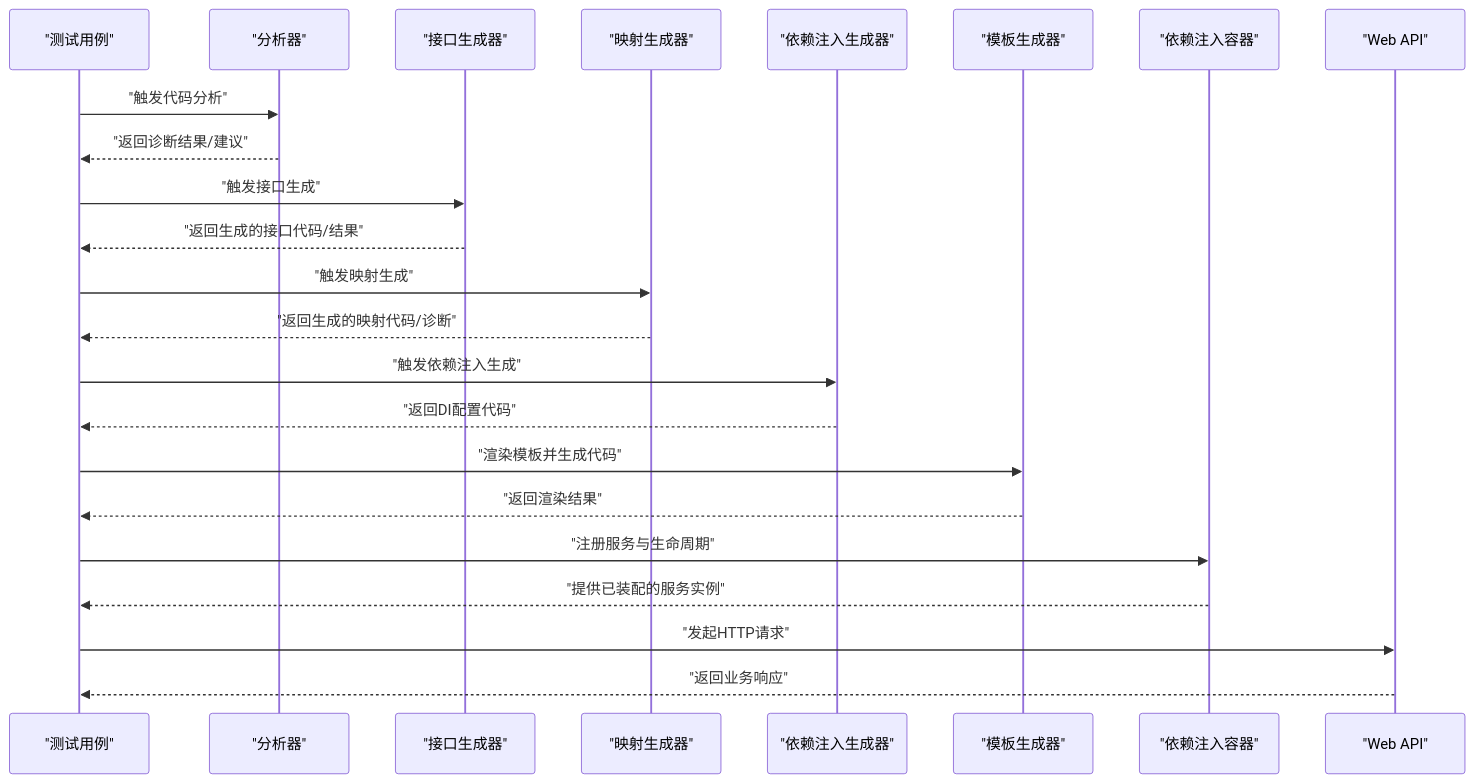
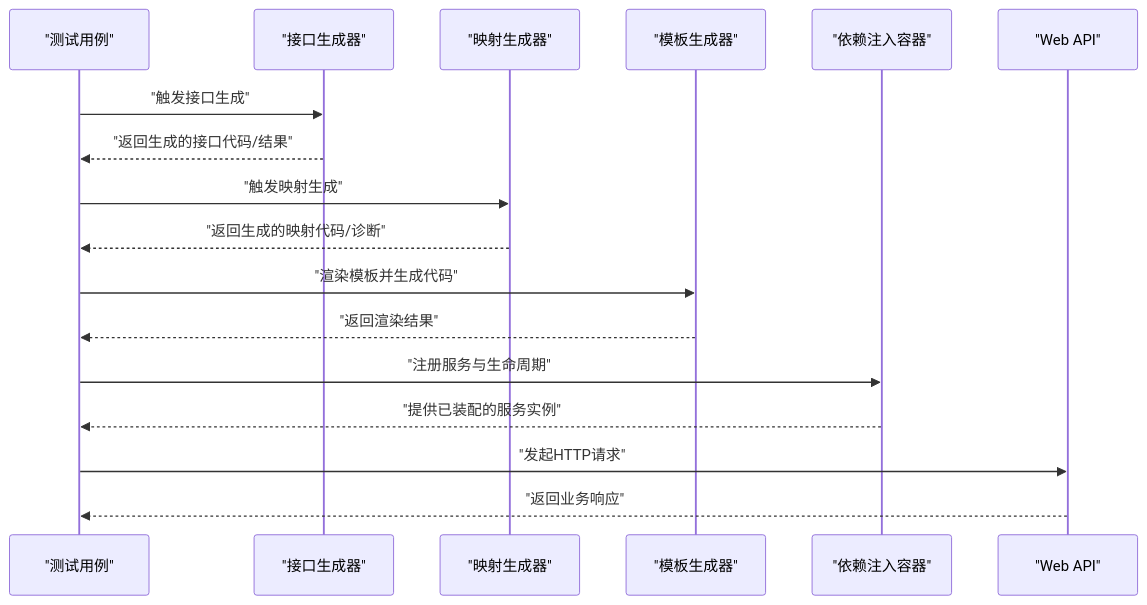
The second of 7 diagrams in .qoder/repowiki/zh/content/调试与诊断/测试策略与实践.md (alivy/AutoCode), drawn with Mermaid before and after one commit. The commit also changed other lines of this file and 152 other files, not shown here.

````diff
--- a/.qoder/repowiki/zh/content/调试与诊断/测试策略与实践.md
+++ b/.qoder/repowiki/zh/content/调试与诊断/测试策略与实践.md
@@ -192,25 +149,19 @@
 ```mermaid
 sequenceDiagram
 participant Test as "测试用例"
-participant Analyzer as "分析器"
 participant IG as "接口生成器"
 participant MG as "映射生成器"
-participant DIG as "依赖注入生成器"
 participant DTG as "模板生成器"
 participant DI as "依赖注入容器"
 participant API as "Web API"
-Test->>Analyzer : "触发代码分析"
-Analyzer-->>Test : "返回诊断结果/建议"
 Test->>IG : "触发接口生成"
 IG-->>Test : "返回生成的接口代码/结果"
 Test->>MG : "触发映射生成"
 MG-->>Test : "返回生成的映射代码/诊断"
-Test->>DIG : "触发依赖注入生成"
-DIG-->>Test : "返回DI配置代码"
 Test->>DTG : "渲染模板并生成代码"
 DTG-->>Test : "返回渲染结果"
 Test->>DI : "注册服务与生命周期"
 DI-->>Test : "提供已装配的服务实例"
 Test->>API : "发起HTTP请求"
 API-->>Test : "返回业务响应"
 ```
````
